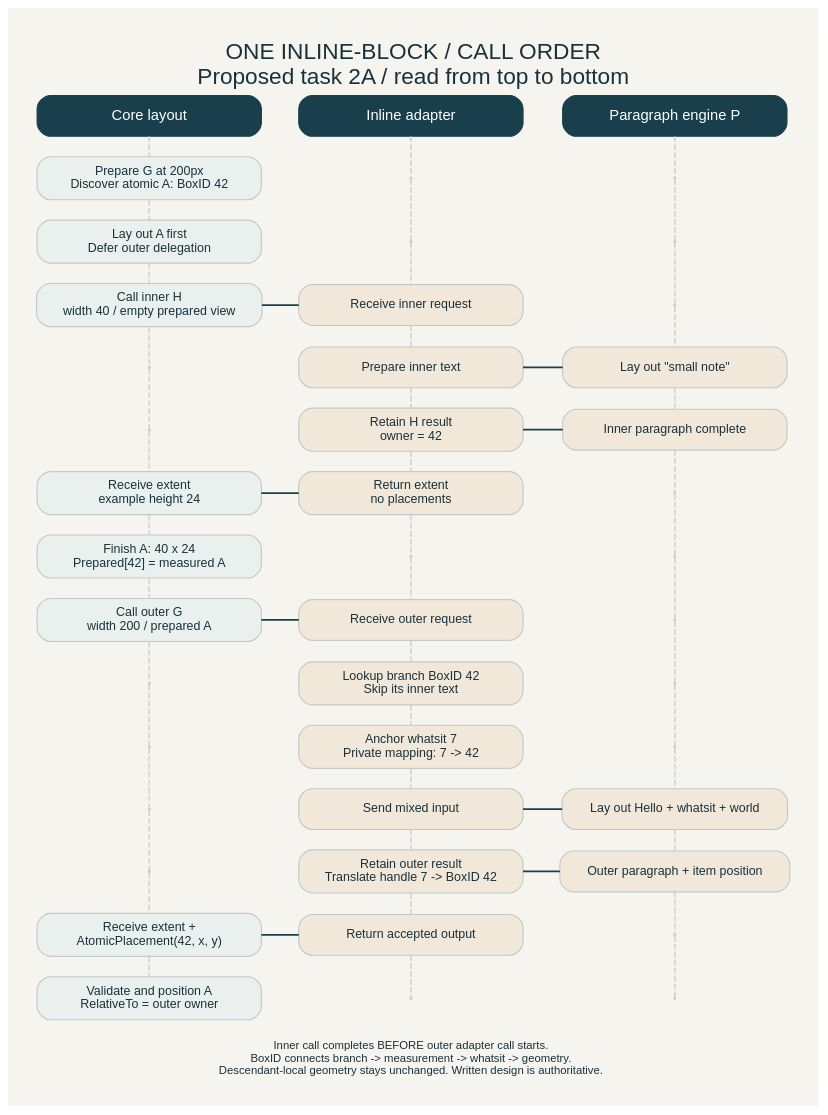
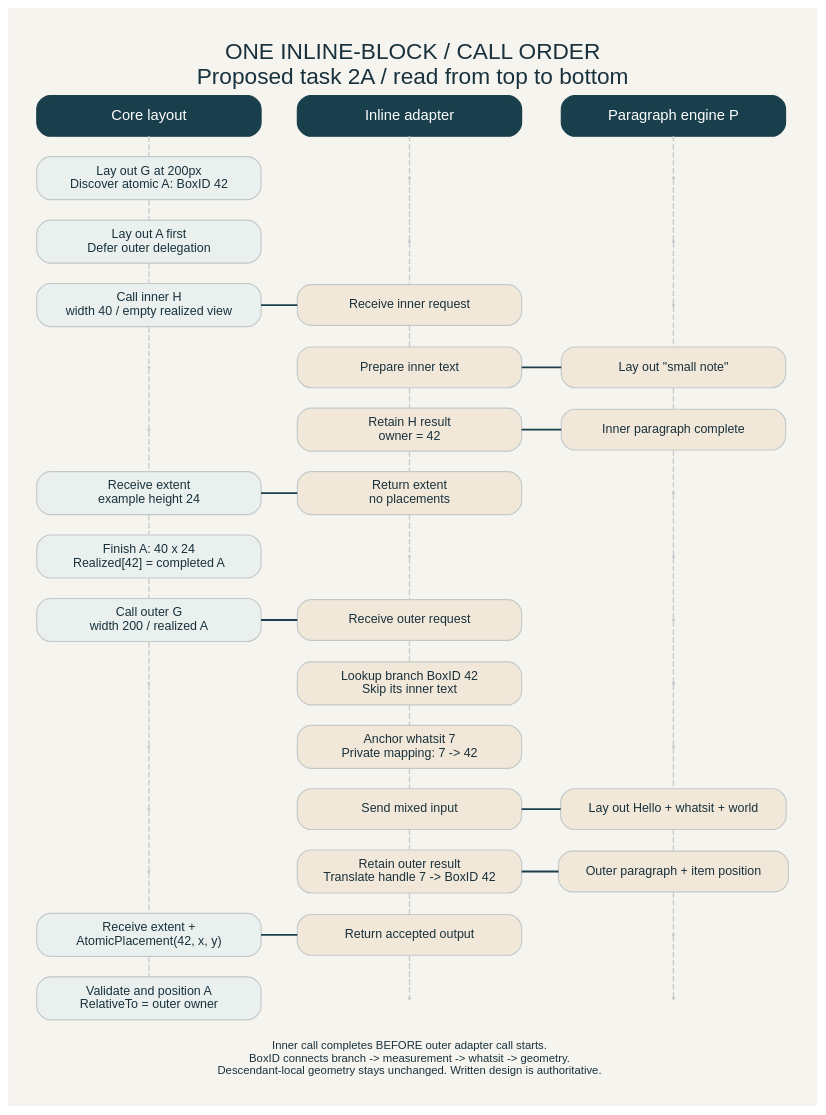
The diagram in doc/diagrams/inline-block-sequence.dot (npillmayer/css-box-layout), drawn with Graphviz before and after one commit. The commit also changed 18 other files, not shown here.

Commit message:
Rename prepared atomics to realized geometry

```diff
--- a/doc/diagrams/inline-block-sequence.dot
+++ b/doc/diagrams/inline-block-sequence.dot
@@ -1,132 +1,132 @@
 digraph Sequence {
 graph [rankdir=TB, bgcolor="#f6f4ef", pad=0.35, nodesep=0.45, ranksep=0.25, splines=polyline, fontname="Helvetica", fontsize=20, fontcolor="#18313c", labelloc=t, label="ONE INLINE-BLOCK / CALL ORDER\nProposed task 2A / read from top to bottom"];
 node [shape=box, style="rounded,filled", fontname="Helvetica", fontsize=11, fontcolor="#18313c", margin="0.15,0.10", width=2.75, color="#c2c9c9"];
 edge [color="#637780", arrowsize=0.7, penwidth=1.2];
 n0_0 [label="Core layout", group="lane0", fillcolor="#183f4b", fontcolor=white, color="#183f4b", fontsize=13];
 n0_1 [label="Inline adapter", group="lane1", fillcolor="#183f4b", fontcolor=white, color="#183f4b", fontsize=13];
 n0_2 [label="Paragraph engine P", group="lane2", fillcolor="#183f4b", fontcolor=white, color="#183f4b", fontsize=13];
 {rank=same; n0_0; n0_1; n0_2;}
 n0_0 -> n0_1 -> n0_2 [style=invis, weight=100];
-n1_0 [label="Prepare G at 200px\nDiscover atomic A: BoxID 42", group="lane0", fillcolor="#eaf0ee"];
+n1_0 [label="Lay out G at 200px\nDiscover atomic A: BoxID 42", group="lane0", fillcolor="#eaf0ee"];
 n1_1 [label="", group="lane1", shape=point, width=0.025, height=0.025, style=filled, color="#c7cecd"];
 n1_2 [label="", group="lane2", shape=point, width=0.025, height=0.025, style=filled, color="#c7cecd"];
 {rank=same; n1_0; n1_1; n1_2;}
 n1_0 -> n1_1 -> n1_2 [style=invis, weight=100];
 n0_0 -> n1_0 [style=dashed, color="#c7cecd", arrowhead=none, weight=50];
 n0_1 -> n1_1 [style=dashed, color="#c7cecd", arrowhead=none, weight=50];
 n0_2 -> n1_2 [style=dashed, color="#c7cecd", arrowhead=none, weight=50];
 n2_0 [label="Lay out A first\nDefer outer delegation", group="lane0", fillcolor="#eaf0ee"];
 n2_1 [label="", group="lane1", shape=point, width=0.025, height=0.025, style=filled, color="#c7cecd"];
 n2_2 [label="", group="lane2", shape=point, width=0.025, height=0.025, style=filled, color="#c7cecd"];
 {rank=same; n2_0; n2_1; n2_2;}
 n2_0 -> n2_1 -> n2_2 [style=invis, weight=100];
 n1_0 -> n2_0 [style=dashed, color="#c7cecd", arrowhead=none, weight=50];
 n1_1 -> n2_1 [style=dashed, color="#c7cecd", arrowhead=none, weight=50];
 n1_2 -> n2_2 [style=dashed, color="#c7cecd", arrowhead=none, weight=50];
-n3_0 [label="Call inner H\nwidth 40 / empty prepared view", group="lane0", fillcolor="#eaf0ee"];
+n3_0 [label="Call inner H\nwidth 40 / empty realized view", group="lane0", fillcolor="#eaf0ee"];
 n3_1 [label="Receive inner request", group="lane1", fillcolor="#f2e8d9"];
 n3_2 [label="", group="lane2", shape=point, width=0.025, height=0.025, style=filled, color="#c7cecd"];
 {rank=same; n3_0; n3_1; n3_2;}
 n3_0 -> n3_1 -> n3_2 [style=invis, weight=100];
 n2_0 -> n3_0 [style=dashed, color="#c7cecd", arrowhead=none, weight=50];
 n2_1 -> n3_1 [style=dashed, color="#c7cecd", arrowhead=none, weight=50];
 n2_2 -> n3_2 [style=dashed, color="#c7cecd", arrowhead=none, weight=50];
 n4_0 [label="", group="lane0", shape=point, width=0.025, height=0.025, style=filled, color="#c7cecd"];
 n4_1 [label="Prepare inner text", group="lane1", fillcolor="#f2e8d9"];
 n4_2 [label="Lay out \"small note\"", group="lane2", fillcolor="#f2e8d9"];
 {rank=same; n4_0; n4_1; n4_2;}
 n4_0 -> n4_1 -> n4_2 [style=invis, weight=100];
 n3_0 -> n4_0 [style=dashed, color="#c7cecd", arrowhead=none, weight=50];
 n3_1 -> n4_1 [style=dashed, color="#c7cecd", arrowhead=none, weight=50];
 n3_2 -> n4_2 [style=dashed, color="#c7cecd", arrowhead=none, weight=50];
 n5_0 [label="", group="lane0", shape=point, width=0.025, height=0.025, style=filled, color="#c7cecd"];
 n5_1 [label="Retain H result\nowner = 42", group="lane1", fillcolor="#f2e8d9"];
 n5_2 [label="Inner paragraph complete", group="lane2", fillcolor="#f2e8d9"];
 {rank=same; n5_0; n5_1; n5_2;}
 n5_0 -> n5_1 -> n5_2 [style=invis, weight=100];
 n4_0 -> n5_0 [style=dashed, color="#c7cecd", arrowhead=none, weight=50];
 n4_1 -> n5_1 [style=dashed, color="#c7cecd", arrowhead=none, weight=50];
 n4_2 -> n5_2 [style=dashed, color="#c7cecd", arrowhead=none, weight=50];
 n6_0 [label="Receive extent\nexample height 24", group="lane0", fillcolor="#eaf0ee"];
 n6_1 [label="Return extent\nno placements", group="lane1", fillcolor="#f2e8d9"];
 n6_2 [label="", group="lane2", shape=point, width=0.025, height=0.025, style=filled, color="#c7cecd"];
 {rank=same; n6_0; n6_1; n6_2;}
 n6_0 -> n6_1 -> n6_2 [style=invis, weight=100];
 n5_0 -> n6_0 [style=dashed, color="#c7cecd", arrowhead=none, weight=50];
 n5_1 -> n6_1 [style=dashed, color="#c7cecd", arrowhead=none, weight=50];
 n5_2 -> n6_2 [style=dashed, color="#c7cecd", arrowhead=none, weight=50];
-n7_0 [label="Finish A: 40 x 24\nPrepared[42] = measured A", group="lane0", fillcolor="#eaf0ee"];
+n7_0 [label="Finish A: 40 x 24\nRealized[42] = completed A", group="lane0", fillcolor="#eaf0ee"];
 n7_1 [label="", group="lane1", shape=point, width=0.025, height=0.025, style=filled, color="#c7cecd"];
 n7_2 [label="", group="lane2", shape=point, width=0.025, height=0.025, style=filled, color="#c7cecd"];
 {rank=same; n7_0; n7_1; n7_2;}
 n7_0 -> n7_1 -> n7_2 [style=invis, weight=100];
 n6_0 -> n7_0 [style=dashed, color="#c7cecd", arrowhead=none, weight=50];
 n6_1 -> n7_1 [style=dashed, color="#c7cecd", arrowhead=none, weight=50];
 n6_2 -> n7_2 [style=dashed, color="#c7cecd", arrowhead=none, weight=50];
-n8_0 [label="Call outer G\nwidth 200 / prepared A", group="lane0", fillcolor="#eaf0ee"];
+n8_0 [label="Call outer G\nwidth 200 / realized A", group="lane0", fillcolor="#eaf0ee"];
 n8_1 [label="Receive outer request", group="lane1", fillcolor="#f2e8d9"];
 n8_2 [label="", group="lane2", shape=point, width=0.025, height=0.025, style=filled, color="#c7cecd"];
 {rank=same; n8_0; n8_1; n8_2;}
 n8_0 -> n8_1 -> n8_2 [style=invis, weight=100];
 n7_0 -> n8_0 [style=dashed, color="#c7cecd", arrowhead=none, weight=50];
 n7_1 -> n8_1 [style=dashed, color="#c7cecd", arrowhead=none, weight=50];
 n7_2 -> n8_2 [style=dashed, color="#c7cecd", arrowhead=none, weight=50];
 n9_0 [label="", group="lane0", shape=point, width=0.025, height=0.025, style=filled, color="#c7cecd"];
 n9_1 [label="Lookup branch BoxID 42\nSkip its inner text", group="lane1", fillcolor="#f2e8d9"];
 n9_2 [label="", group="lane2", shape=point, width=0.025, height=0.025, style=filled, color="#c7cecd"];
 {rank=same; n9_0; n9_1; n9_2;}
 n9_0 -> n9_1 -> n9_2 [style=invis, weight=100];
 n8_0 -> n9_0 [style=dashed, color="#c7cecd", arrowhead=none, weight=50];
 n8_1 -> n9_1 [style=dashed, color="#c7cecd", arrowhead=none, weight=50];
 n8_2 -> n9_2 [style=dashed, color="#c7cecd", arrowhead=none, weight=50];
 n10_0 [label="", group="lane0", shape=point, width=0.025, height=0.025, style=filled, color="#c7cecd"];
 n10_1 [label="Anchor whatsit 7\nPrivate mapping: 7 -> 42", group="lane1", fillcolor="#f2e8d9"];
 n10_2 [label="", group="lane2", shape=point, width=0.025, height=0.025, style=filled, color="#c7cecd"];
 {rank=same; n10_0; n10_1; n10_2;}
 n10_0 -> n10_1 -> n10_2 [style=invis, weight=100];
 n9_0 -> n10_0 [style=dashed, color="#c7cecd", arrowhead=none, weight=50];
 n9_1 -> n10_1 [style=dashed, color="#c7cecd", arrowhead=none, weight=50];
 n9_2 -> n10_2 [style=dashed, color="#c7cecd", arrowhead=none, weight=50];
 n11_0 [label="", group="lane0", shape=point, width=0.025, height=0.025, style=filled, color="#c7cecd"];
 n11_1 [label="Send mixed input", group="lane1", fillcolor="#f2e8d9"];
 n11_2 [label="Lay out Hello + whatsit + world", group="lane2", fillcolor="#f2e8d9"];
 {rank=same; n11_0; n11_1; n11_2;}
 n11_0 -> n11_1 -> n11_2 [style=invis, weight=100];
 n10_0 -> n11_0 [style=dashed, color="#c7cecd", arrowhead=none, weight=50];
 n10_1 -> n11_1 [style=dashed, color="#c7cecd", arrowhead=none, weight=50];
 n10_2 -> n11_2 [style=dashed, color="#c7cecd", arrowhead=none, weight=50];
 n12_0 [label="", group="lane0", shape=point, width=0.025, height=0.025, style=filled, color="#c7cecd"];
 n12_1 [label="Retain outer result\nTranslate handle 7 -> BoxID 42", group="lane1", fillcolor="#f2e8d9"];
 n12_2 [label="Outer paragraph + item position", group="lane2", fillcolor="#f2e8d9"];
 {rank=same; n12_0; n12_1; n12_2;}
 n12_0 -> n12_1 -> n12_2 [style=invis, weight=100];
 n11_0 -> n12_0 [style=dashed, color="#c7cecd", arrowhead=none, weight=50];
 n11_1 -> n12_1 [style=dashed, color="#c7cecd", arrowhead=none, weight=50];
 n11_2 -> n12_2 [style=dashed, color="#c7cecd", arrowhead=none, weight=50];
 n13_0 [label="Receive extent +\nAtomicPlacement(42, x, y)", group="lane0", fillcolor="#eaf0ee"];
 n13_1 [label="Return accepted output", group="lane1", fillcolor="#f2e8d9"];
 n13_2 [label="", group="lane2", shape=point, width=0.025, height=0.025, style=filled, color="#c7cecd"];
 {rank=same; n13_0; n13_1; n13_2;}
 n13_0 -> n13_1 -> n13_2 [style=invis, weight=100];
 n12_0 -> n13_0 [style=dashed, color="#c7cecd", arrowhead=none, weight=50];
 n12_1 -> n13_1 [style=dashed, color="#c7cecd", arrowhead=none, weight=50];
 n12_2 -> n13_2 [style=dashed, color="#c7cecd", arrowhead=none, weight=50];
 n14_0 [label="Validate and position A\nRelativeTo = outer owner", group="lane0", fillcolor="#eaf0ee"];
 n14_1 [label="", group="lane1", shape=point, width=0.025, height=0.025, style=filled, color="#c7cecd"];
 n14_2 [label="", group="lane2", shape=point, width=0.025, height=0.025, style=filled, color="#c7cecd"];
 {rank=same; n14_0; n14_1; n14_2;}
 n14_0 -> n14_1 -> n14_2 [style=invis, weight=100];
 n13_0 -> n14_0 [style=dashed, color="#c7cecd", arrowhead=none, weight=50];
 n13_1 -> n14_1 [style=dashed, color="#c7cecd", arrowhead=none, weight=50];
 n13_2 -> n14_2 [style=dashed, color="#c7cecd", arrowhead=none, weight=50];
 n3_0:e -> n3_1:w [constraint=false, color="#183f4b", penwidth=1.6];
 n4_1:e -> n4_2:w [constraint=false, color="#183f4b", penwidth=1.6];
 n5_2:w -> n5_1:e [constraint=false, color="#183f4b", penwidth=1.6];
 n6_1:w -> n6_0:e [constraint=false, color="#183f4b", penwidth=1.6];
 n8_0:e -> n8_1:w [constraint=false, color="#183f4b", penwidth=1.6];
 n11_1:e -> n11_2:w [constraint=false, color="#183f4b", penwidth=1.6];
 n12_2:w -> n12_1:e [constraint=false, color="#183f4b", penwidth=1.6];
 n13_1:w -> n13_0:e [constraint=false, color="#183f4b", penwidth=1.6];
 foot [shape=plain, style="", fontsize=10, label="Inner call completes BEFORE outer adapter call starts.\nBoxID connects branch -> measurement -> whatsit -> geometry.\nDescendant-local geometry stays unchanged. Written design is authoritative."];
 n14_1 -> foot [style=invis];
 }
```
